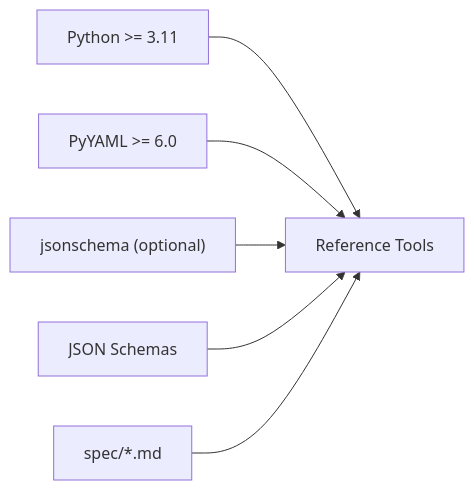
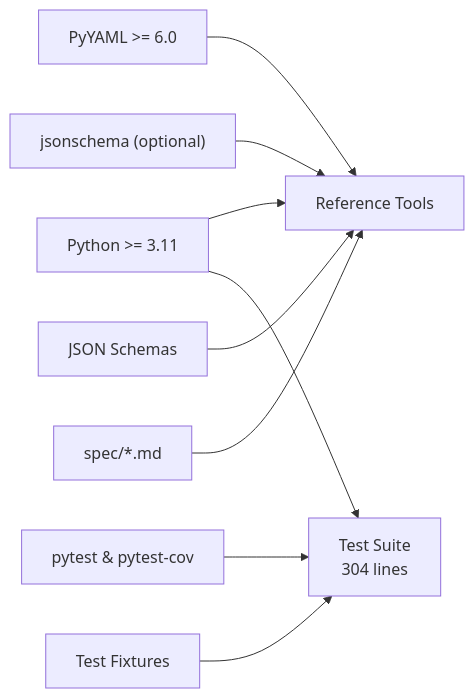
Before and after one commit to asukhodko/opskarta: the sixth of 7 diagrams in .qoder/repowiki/en/content/Development and Contributing.md, drawn with Mermaid. The commit also changed other lines of this file and 5 other files, not shown here.

````diff
--- a/.qoder/repowiki/en/content/Development and Contributing.md
+++ b/.qoder/repowiki/en/content/Development and Contributing.md
@@ -213,14 +301,20 @@
 ```mermaid
 graph LR
 py["Python >= 3.11"]
 yaml["PyYAML >= 6.0"]
 js["jsonschema (optional)"]
+pytest["pytest & pytest-cov"]
 tools["Reference Tools"]
 schemas["JSON Schemas"]
 spec_src["spec/*.md"]
+fixtures["Test Fixtures"]
+test_suite["Test Suite<br/>304 lines"]
 py --> tools
+py --> test_suite
 yaml --> tools
 js --> tools
+pytest --> test_suite
 schemas --> tools
 spec_src --> tools
+fixtures --> test_suite
 ```
````
